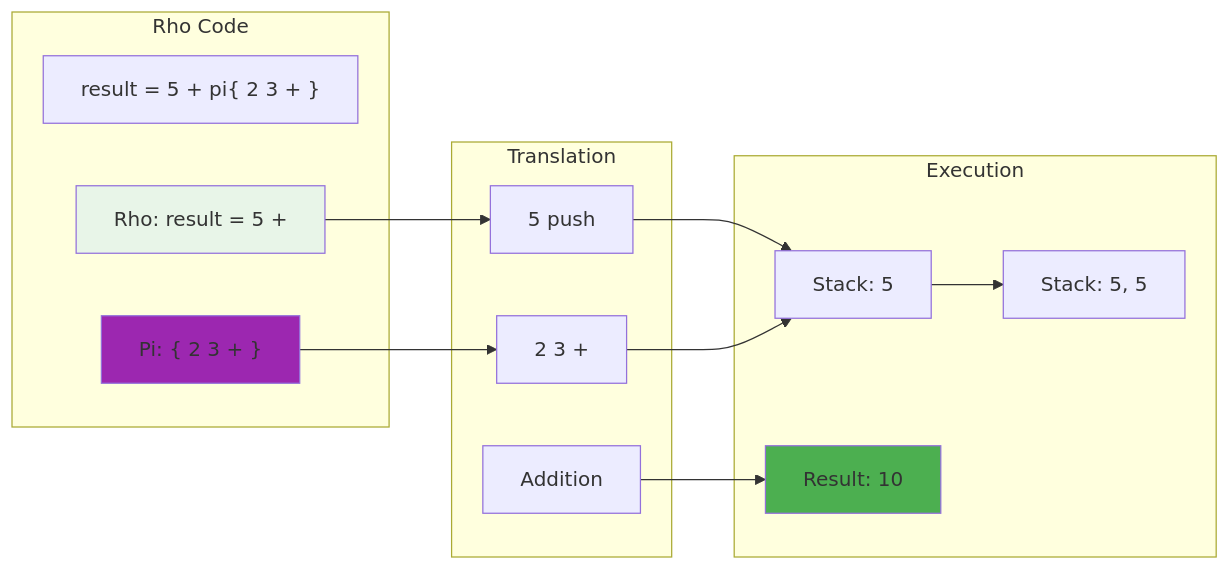
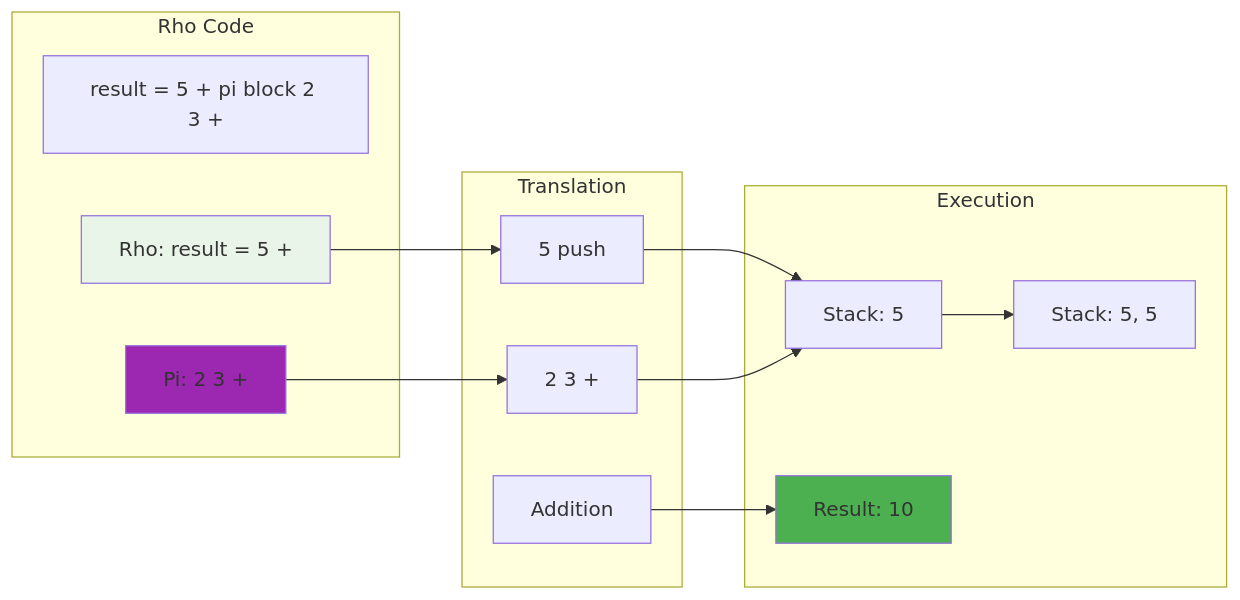
The diagram in Doc/RhoTutorial.md (cschladetsch/CppKAI), drawn with Mermaid before and after one commit. The commit also changed 1 other file, not shown here.

Commit message:
Fix Mermaid syntax by replacing curly braces with alternative notation
Resolved remaining Mermaid parsing errors by:
- Replacing problematic curly braces {  } with alternative notation
- Preserving all semantic information while fixing syntax
- Using "pi block" instead of "pi{ }" to maintain meaning
- Applied fixes to both README and tutorial diagrams

This maintains the technical accuracy while ensuring proper diagram rendering.

🤖 Generated with [Claude Code](https://claude.ai/code)

````diff
--- a/Doc/RhoTutorial.md
+++ b/Doc/RhoTutorial.md
@@ -238,31 +238,31 @@
 ```mermaid
 graph LR
     subgraph "Rho Code"
-        RHO["result = 5 + pi{ 2 3 + }"]
+        RHO["result = 5 + pi block 2 3 +"]
         RHO_PART["Rho: result = 5 +"]
-        PI_PART["Pi: { 2 3 + }"]
+        PI_PART["Pi: 2 3 +"]
     end
     
     subgraph "Translation"
         RHO_TRANS["5 push"]
         PI_TRANS["2 3 +"]
         COMBINE["Addition"]
     end
     
     subgraph "Execution"
         STACK1["Stack: 5"]
         STACK2["Stack: 5, 5"]
         RESULT["Result: 10"]
     end
     
     RHO_PART --> RHO_TRANS
     PI_PART --> PI_TRANS
     RHO_TRANS --> STACK1
     PI_TRANS --> STACK1
     STACK1 --> STACK2
     COMBINE --> RESULT
     
     style RHO_PART fill:#e8f5e8
     style PI_PART fill:#9c27b0
     style RESULT fill:#4caf50
 ```
````
